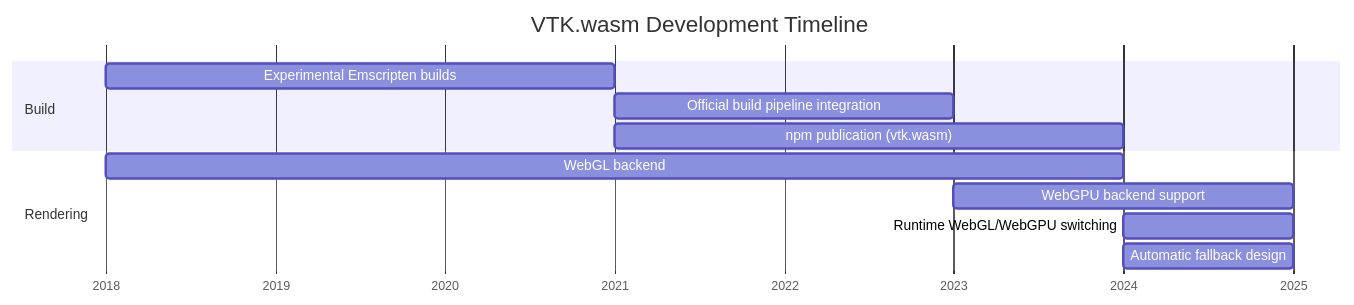
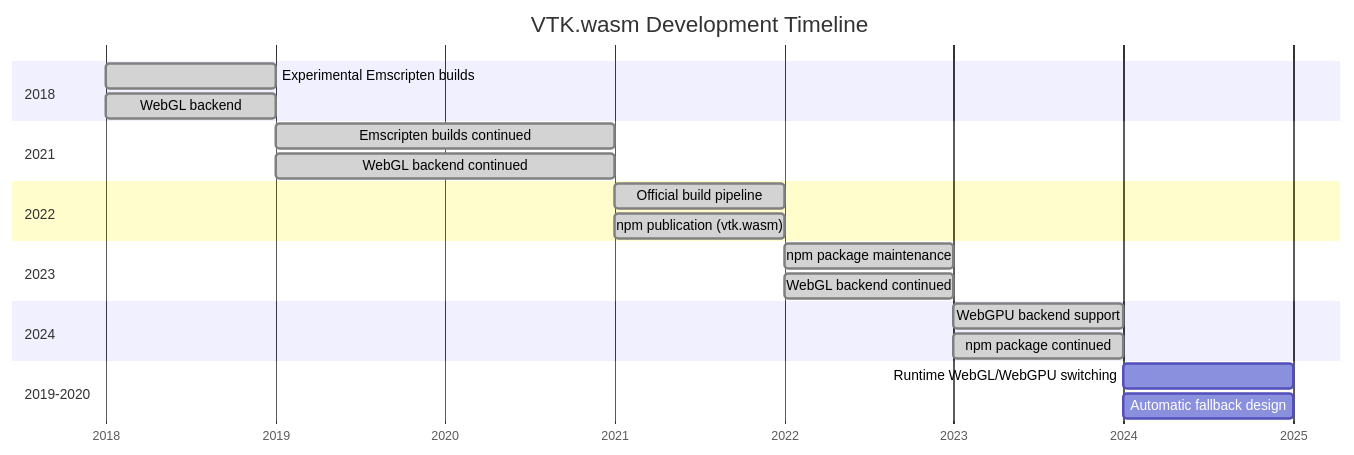
The fourth of 6 diagrams in slides/slides.md (tkoyama010/pyvista-wasm), drawn with Mermaid before and after one commit.

Commit message:
docs: split gantt chart into yearly sections for narrower layout

````diff
--- a/slides/slides.md
+++ b/slides/slides.md
@@ -350,17 +350,30 @@
-```mermaid {scale: 0.55}
+```mermaid {scale: 0.75}
 gantt
     title VTK.wasm Development Timeline
     dateFormat YYYY
     axisFormat %Y
 
-    section Build
-    Experimental Emscripten builds     :2018, 3y
-    Official build pipeline integration :2021, 2y
-    npm publication (vtk.wasm)          :2021, 3y
+    section 2018
+    Experimental Emscripten builds :done, 2018, 1y
+    WebGL backend                  :done, 2018, 1y
 
-    section Rendering
-    WebGL backend                       :2018, 6y
-    WebGPU backend support              :2023, 2y
-    Runtime WebGL/WebGPU switching      :2024, 1y
-    Automatic fallback design           :2024, 1y
+    section 2019-2020
+    Emscripten builds continued    :done, 2019, 2y
+    WebGL backend continued        :done, 2019, 2y
+
+    section 2021
+    Official build pipeline        :done, 2021, 1y
+    npm publication (vtk.wasm)     :done, 2021, 1y
+
+    section 2022
+    npm package maintenance        :done, 2022, 1y
+    WebGL backend continued        :done, 2022, 1y
+
+    section 2023
+    WebGPU backend support         :done, 2023, 1y
+    npm package continued          :done, 2023, 1y
+
+    section 2024
+    Runtime WebGL/WebGPU switching :2024, 1y
+    Automatic fallback design      :2024, 1y
 ```
````
